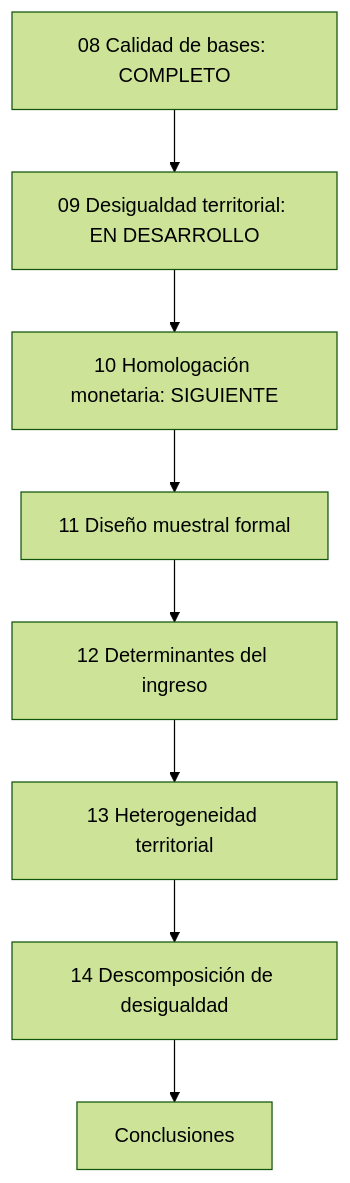
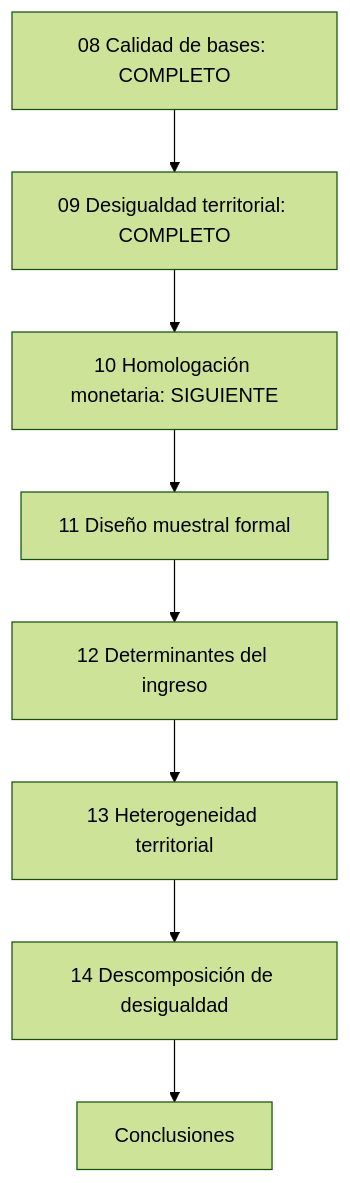
Before and after one commit to FernandoRossell/inegi-income-modeling: the sixth of 6 diagrams in reports/documentacion_final_en_desarrollo.md, drawn with Mermaid (forest theme). The commit also changed other lines of this file and 8 other files, not shown here.

````diff
--- a/reports/documentacion_final_en_desarrollo.md
+++ b/reports/documentacion_final_en_desarrollo.md
@@ -447,10 +473,10 @@
 ```mermaid
 flowchart TD
-    A["08 Calidad de bases: COMPLETO"] --> B["09 Desigualdad territorial: EN DESARROLLO"]
+    A["08 Calidad de bases: COMPLETO"] --> B["09 Desigualdad territorial: COMPLETO"]
     B --> C["10 Homologación monetaria: SIGUIENTE"]
     C --> D["11 Diseño muestral formal"]
     D --> E["12 Determinantes del ingreso"]
     E --> F["13 Heterogeneidad territorial"]
     F --> G["14 Descomposición de desigualdad"]
     G --> H["Conclusiones"]
 ```
````
